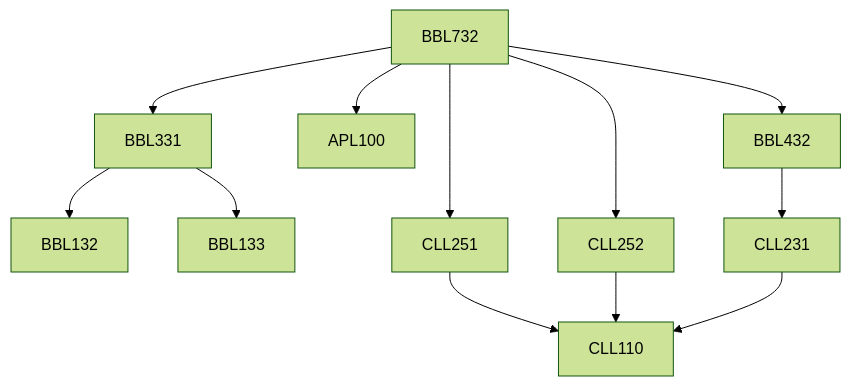
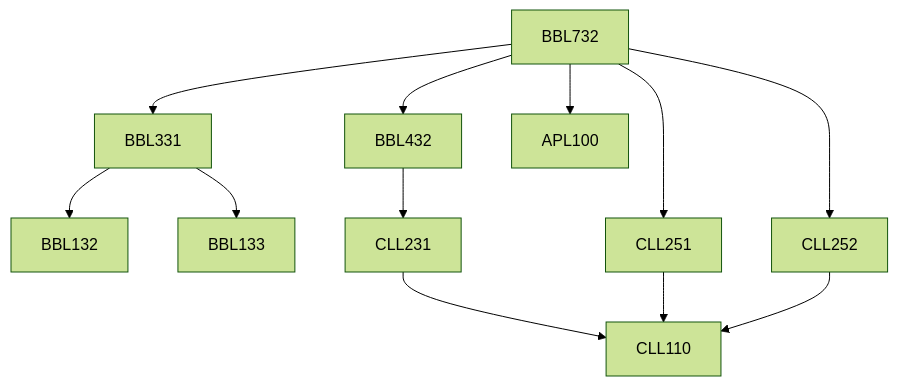
One commit to KeshavBansal0122/CoS_Website changed the diagram in content/Biochemical Engineering and Biotechnology/BBL732.md. Above: the diagram before and after it, drawn with Mermaid (forest theme). The commit also changed other lines of this file and 392 other files, not shown here.

````diff
--- a/content/Biochemical Engineering and Biotechnology/BBL732.md
+++ b/content/Biochemical Engineering and Biotechnology/BBL732.md
@@ -15,18 +15,18 @@
 ```mermaid
 flowchart TD
 BBL732-86[BBL732]
 BBL331-86 --> BBL132-86[BBL132]
 BBL331-86 --> BBL133-86[BBL133]
+CLL231-86 --> CLL110-86[CLL110]
+BBL432-86 --> CLL231-86[CLL231]
+CLL251-86 --> CLL110-86[CLL110]
+BBL732-86 --> BBL331-86[BBL331]
+BBL732-86 --> APL100-86[APL100]
+BBL732-86 --> BBL432-86[BBL432]
+CLL252-86 --> CLL110-86[CLL110]
 BBL732-86 --> CLL251-86[CLL251]
-BBL732-86 --> APL100-86[APL100]
-BBL432-86 --> CLL231-86[CLL231]
 BBL732-86 --> CLL252-86[CLL252]
-CLL251-86 --> CLL110-86[CLL110]
-CLL252-86 --> CLL110-86[CLL110]
-BBL732-86 --> BBL331-86[BBL331]
-CLL231-86 --> CLL110-86[CLL110]
-BBL732-86 --> BBL432-86[BBL432]
 
 classDef empty height:17px, fill:transparent, stroke:transparent;
 classDef trueEmpty height:0px, width:0px;
 ```
````
